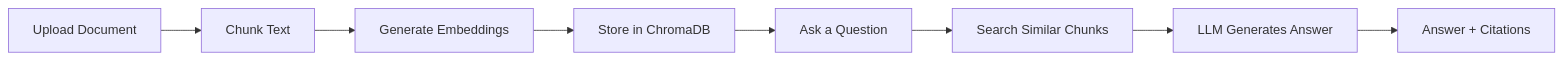
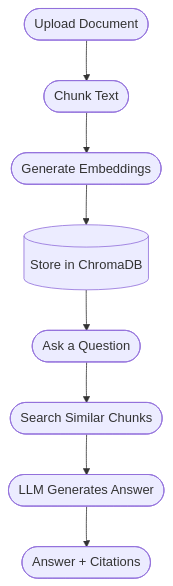
Before and after one commit to prthmmkhija1/RAGsystem: the first of 4 diagrams in README.md, drawn with Mermaid. The commit also changed other lines of this file, not shown here.

Commit message:
Redesign mermaid diagrams - compact vertical layout

````diff
--- a/README.md
+++ b/README.md
@@ -11,5 +11,6 @@
 ```mermaid
-flowchart LR
-    A[Upload Document] --> B[Chunk Text] --> C[Generate Embeddings] --> D[Store in ChromaDB]
-    D --> E[Ask a Question] --> F[Search Similar Chunks] --> G[LLM Generates Answer] --> H[Answer + Citations]
+flowchart TD
+    A([Upload Document]) --> B([Chunk Text]) --> C([Generate Embeddings]) --> D[(Store in ChromaDB)]
+    D --> E([Ask a Question]) --> F([Search Similar Chunks])
+    F --> G([LLM Generates Answer]) --> H([Answer + Citations])
 ```
````
